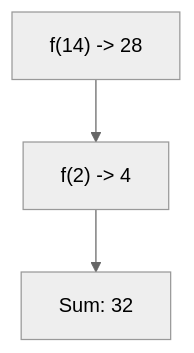
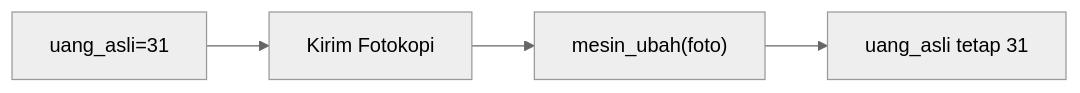
Diagram 16 of 25 in part-c-pemahaman-cpp/04-fungsi/latihan/set-11.md (amnahwaida/OSNK_INF_PREP), drawn with Mermaid (neutral theme) before and after one commit. The commit also changed other lines of this file and 71 other files, not shown here.

````diff
--- a/part-c-pemahaman-cpp/04-fungsi/latihan/set-11.md
+++ b/part-c-pemahaman-cpp/04-fungsi/latihan/set-11.md
@@ -420,5 +441,6 @@
 ```mermaid
-graph TD
-A["f(14) -> 28"] --> B["f(2) -> 4"]
-B --> C["Sum: 32"]
+graph LR
+A["uang_asli=31"] --> B["Kirim Fotokopi"]
+B --> C["mesin_ubah(foto)"]
+C --> D["uang_asli tetap 31"]
 ```
````
